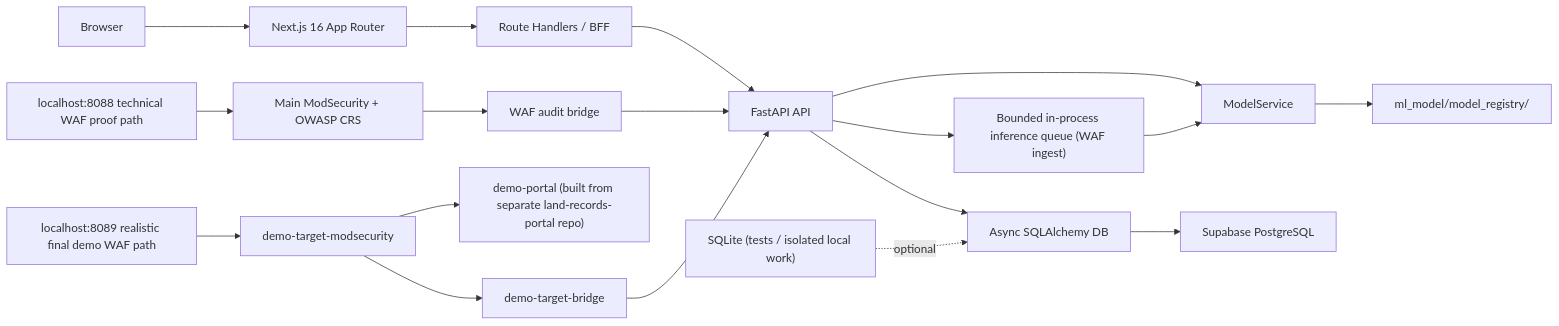
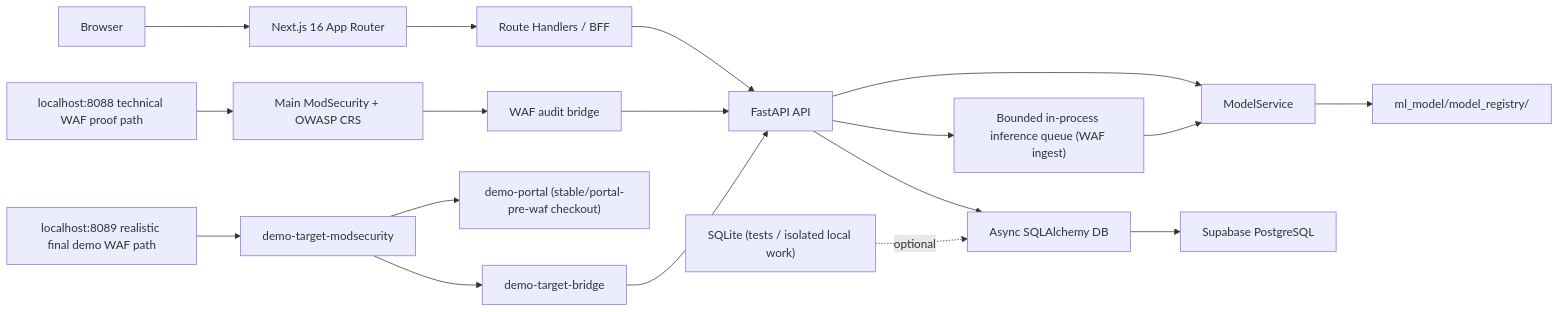
The diagram in docs/architecture.md (PooKYZZZ/injection-alert-system), drawn with Mermaid before and after one commit. The commit also changed other lines of this file and 71 other files, not shown here.

````diff
--- a/docs/architecture.md
+++ b/docs/architecture.md
@@ -9,21 +9,21 @@
 ```mermaid
 flowchart LR
     Browser["Browser"] --> Next["Next.js 16 App Router"]
     Next --> BFF["Route Handlers / BFF"]
     BFF --> FastAPI["FastAPI API"]
     FastAPI --> Model["ModelService"]
     FastAPI --> Queue["Bounded in-process inference queue (WAF ingest)"]
     Queue --> Model
     FastAPI --> DB["Async SQLAlchemy DB"]
     Model --> Registry["ml_model/model_registry/"]
     DB --> Supabase["Supabase PostgreSQL"]
 
     SQLite["SQLite (tests / isolated local work)"] -. optional .-> DB
     WAFProof["localhost:8088 technical WAF proof path"] --> ModSec["Main ModSecurity + OWASP CRS"]
     ModSec --> Bridge["WAF audit bridge"]
     Bridge --> FastAPI
     DemoWAF["localhost:8089 realistic final demo WAF path"] --> DemoModSec["demo-target-modsecurity"]
-    DemoModSec --> DemoTarget["demo-portal (built from separate land-records-portal repo)"]
+    DemoModSec --> DemoTarget["demo-portal (stable/portal-pre-waf checkout)"]
     DemoModSec --> DemoBridge["demo-target-bridge"]
     DemoBridge --> FastAPI
 ```
````
